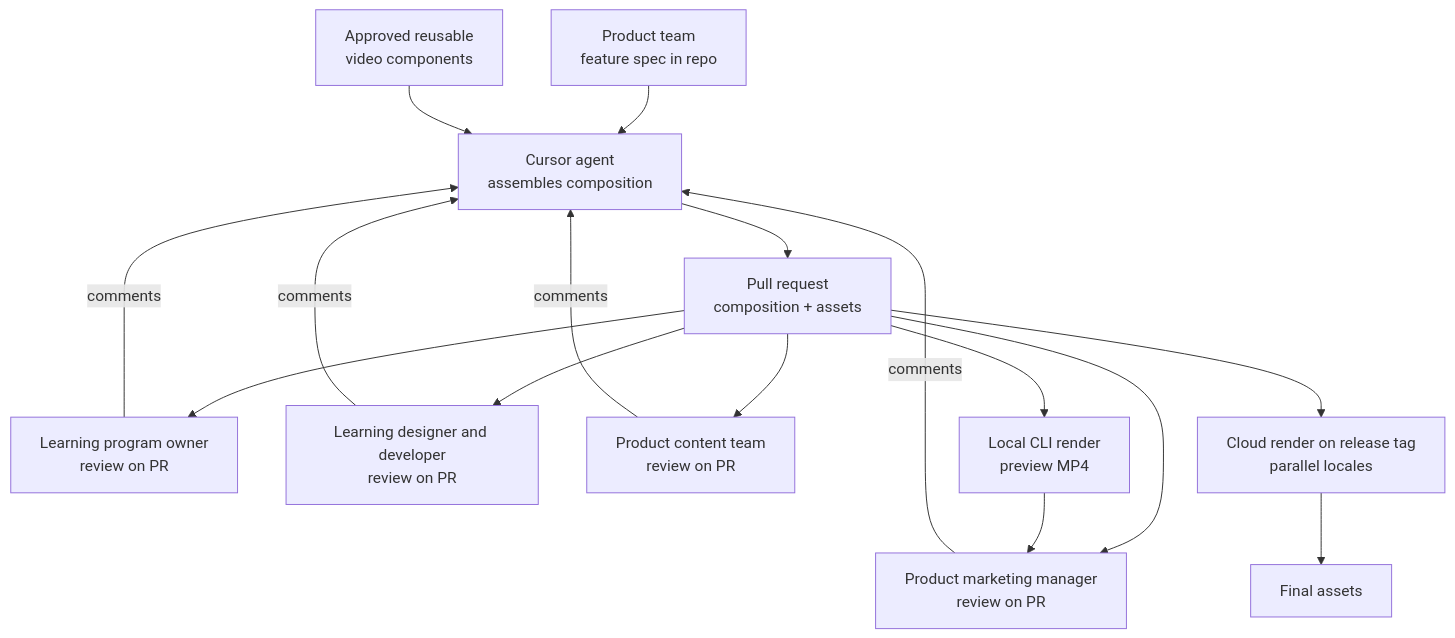
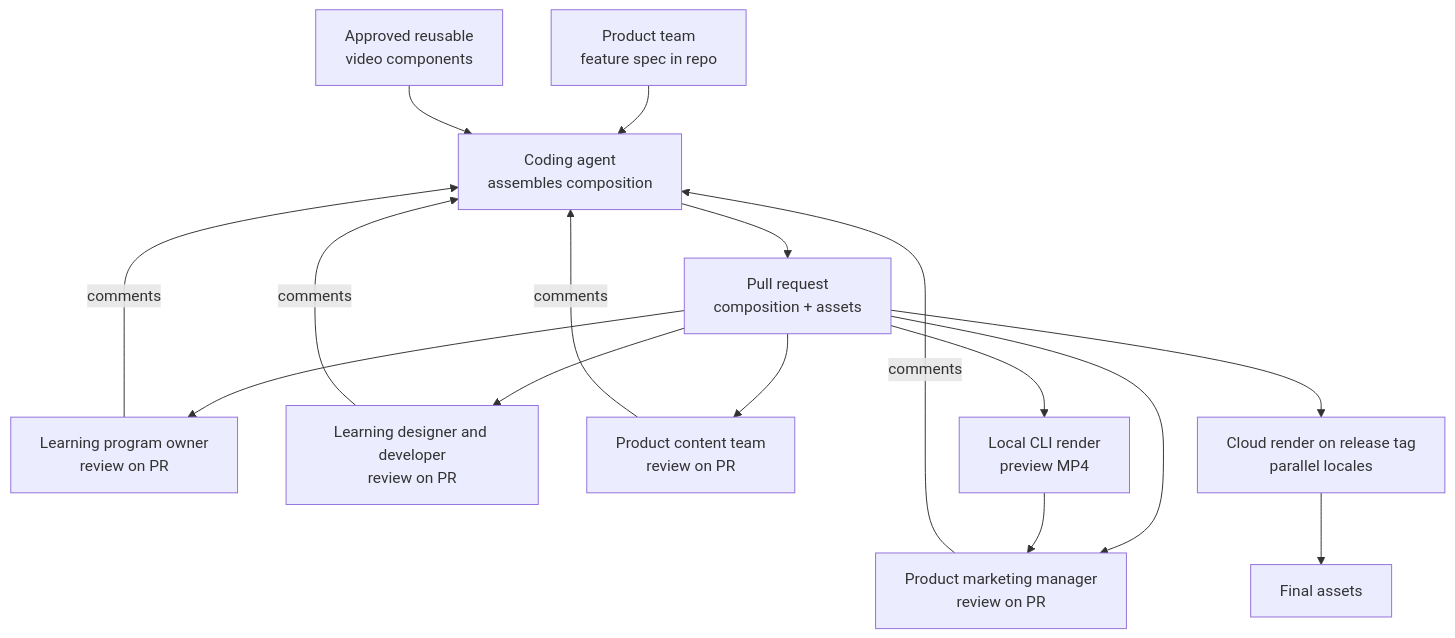
The sixth of 8 diagrams in content/posts/video-production-to-dev-workflow-editframe-test-drive/index.md (bilarikan/bilarikan.github.io), drawn with Mermaid before and after one commit. The commit also changed other lines of this file and 1 other file, not shown here.

First line of the commit message:
Post: add non-PR reviewer flow and minor copy edits

```diff
--- a/content/posts/video-production-to-dev-workflow-editframe-test-drive/index.md
+++ b/content/posts/video-production-to-dev-workflow-editframe-test-drive/index.md
@@ -295,30 +298,30 @@
 {{< mermaid >}}
 flowchart TD
   spec[Product team<br/>feature spec in repo]
   components[Approved reusable<br/>video components]
-  agent[Cursor agent<br/>assembles composition]
+  agent[Coding agent<br/>assembles composition]
   pr[Pull request<br/>composition + assets]
   lpo[Learning program owner<br/>review on PR]
   ldd[Learning designer and developer<br/>review on PR]
   pc[Product content team<br/>review on PR]
   pmm[Product marketing manager<br/>review on PR]
   preview[Local CLI render<br/>preview MP4]
   cloud[Cloud render on release tag<br/>parallel locales]
   final[Final assets]
 
   spec --> agent
   components --> agent
   agent --> pr
   pr --> lpo
   pr --> ldd
   pr --> pc
   pr --> pmm
   lpo -->|comments| agent
   ldd -->|comments| agent
   pc -->|comments| agent
   pmm -->|comments| agent
   pr --> preview
   preview --> pmm
   pr --> cloud
   cloud --> final
 {{< /mermaid >}}
```
